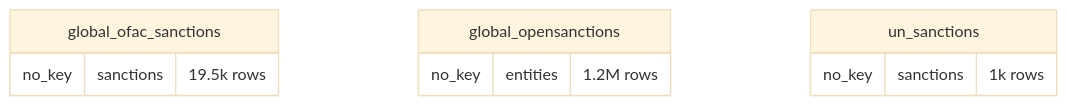
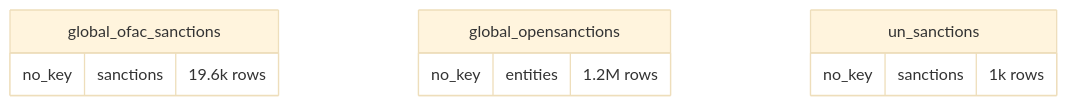
One commit to rafapolo/rodado changed diagram 22 of 37 in docs/mapa/ERD_EN.md. Above: the diagram before and after it, drawn with Mermaid (base theme). The commit also changed other lines of this file and 64 other files, not shown here.

````diff
--- a/docs/mapa/ERD_EN.md
+++ b/docs/mapa/ERD_EN.md
@@ -2080,12 +2080,12 @@
 ```mermaid
 erDiagram
     global_ofac_sanctions {
-        no_key sanctions "19.5k rows"
+        no_key sanctions "19.6k rows"
     }
     global_opensanctions {
         no_key entities "1.2M rows"
     }
     un_sanctions {
         no_key sanctions "1k rows"
     }
 ```
````
